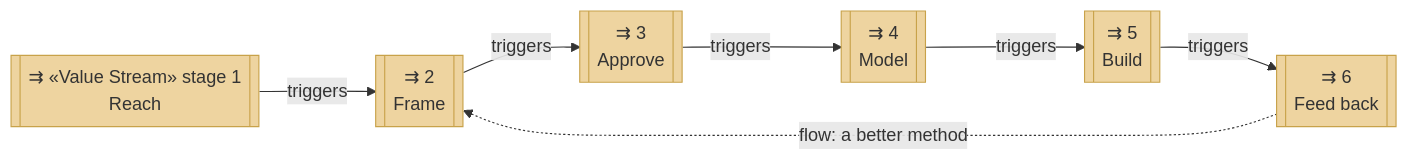
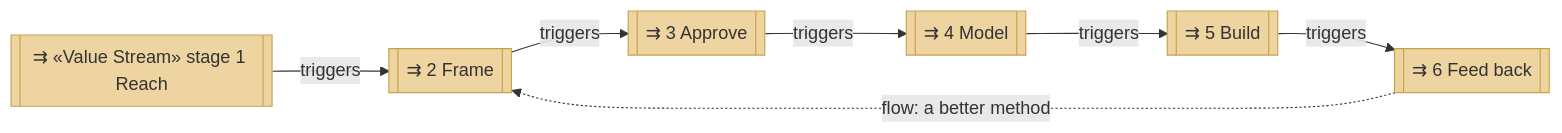
The second of 4 diagrams in org-archreator/architecture/1_strategy/3_value-stream.md (roanboc/architecture-archreator), drawn with Mermaid before and after one commit. The commit also changed other lines of this file and 38 other files, not shown here.

````diff
--- a/org-archreator/architecture/1_strategy/3_value-stream.md
+++ b/org-archreator/architecture/1_strategy/3_value-stream.md
@@ -53,18 +53,18 @@
 ```mermaid
 flowchart LR
-  s1[["⇉ «Value Stream» stage 1<br>Reach"]]:::stage
-  s2[["⇉ 2<br>Frame"]]:::stage
-  s3[["⇉ 3<br>Approve"]]:::stage
-  s4[["⇉ 4<br>Model"]]:::stage
-  s5[["⇉ 5<br>Build"]]:::stage
-  s6[["⇉ 6<br>Feed back"]]:::stage
+  s1[["⇉ «Value Stream» stage 1 Reach"]]:::stage
+  s2[["⇉ 2 Frame"]]:::stage
+  s3[["⇉ 3 Approve"]]:::stage
+  s4[["⇉ 4 Model"]]:::stage
+  s5[["⇉ 5 Build"]]:::stage
+  s6[["⇉ 6 Feed back"]]:::stage
 
   s1 -->|triggers| s2
   s2 -->|triggers| s3
   s3 -->|triggers| s4
   s4 -->|triggers| s5
   s5 -->|triggers| s6
   s6 -.->|flow: a better method| s2
 
   classDef stage fill:#eed4a0,stroke:#c8a24a,color:#333
 ```
````
